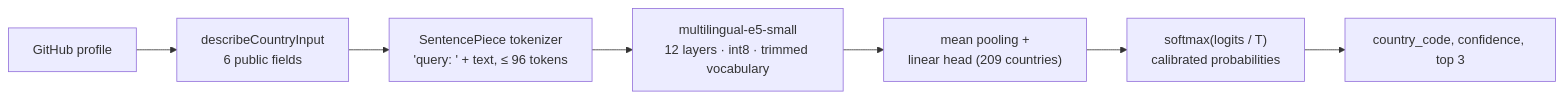
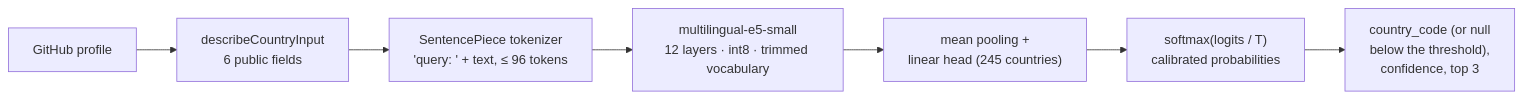
One commit to hsborges-msr/github-country-classifier changed the first of 2 diagrams in README.md. Above: the diagram before and after it, drawn with Mermaid. The commit also changed other lines of this file and 6 other files, not shown here.

````diff
--- a/README.md
+++ b/README.md
@@ -107,9 +116,9 @@
 ```mermaid
 flowchart LR
   P["GitHub profile"] --> I["describeCountryInput<br/>6 public fields"]
   I --> T["SentencePiece tokenizer<br/>'query: ' + text, ≤ 96 tokens"]
   T --> E["multilingual-e5-small<br/>12 layers · int8 · trimmed vocabulary"]
-  E --> H["mean pooling +<br/>linear head (209 countries)"]
+  E --> H["mean pooling +<br/>linear head (245 countries)"]
   H --> C["softmax(logits / T)<br/>calibrated probabilities"]
-  C --> A["country_code, confidence, top 3"]
+  C --> A["country_code (or null<br/>below the threshold),<br/>confidence, top 3"]
 ```
````
